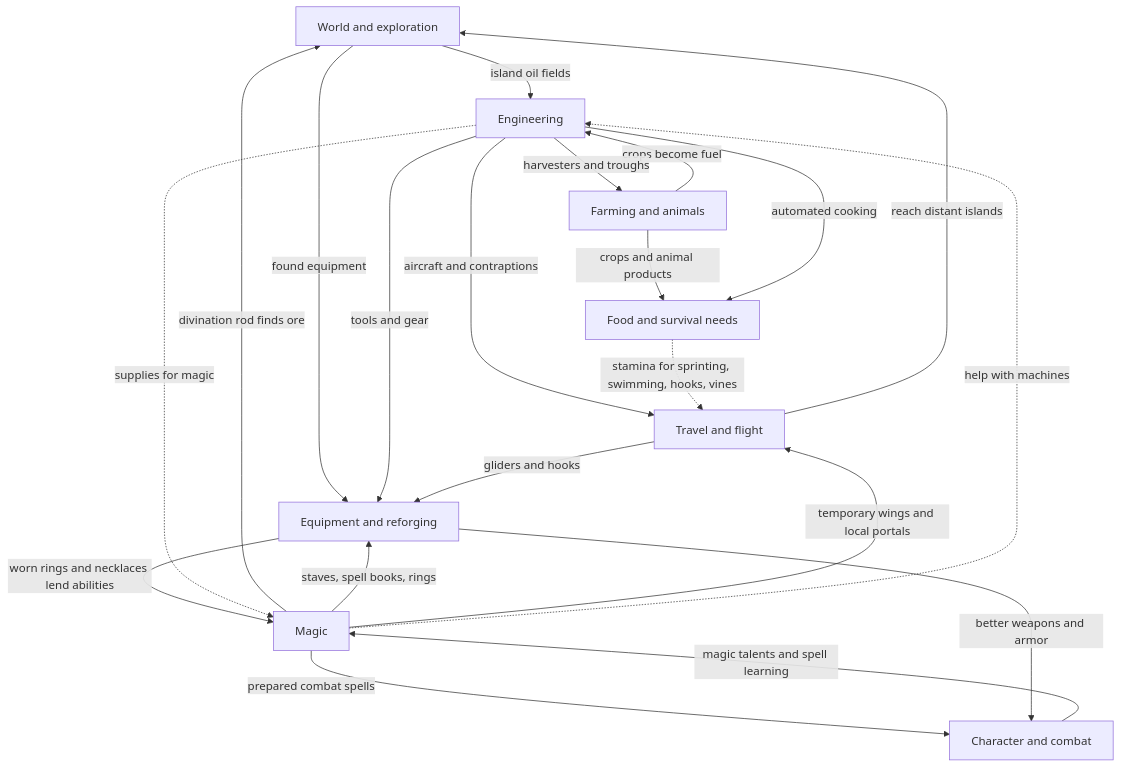
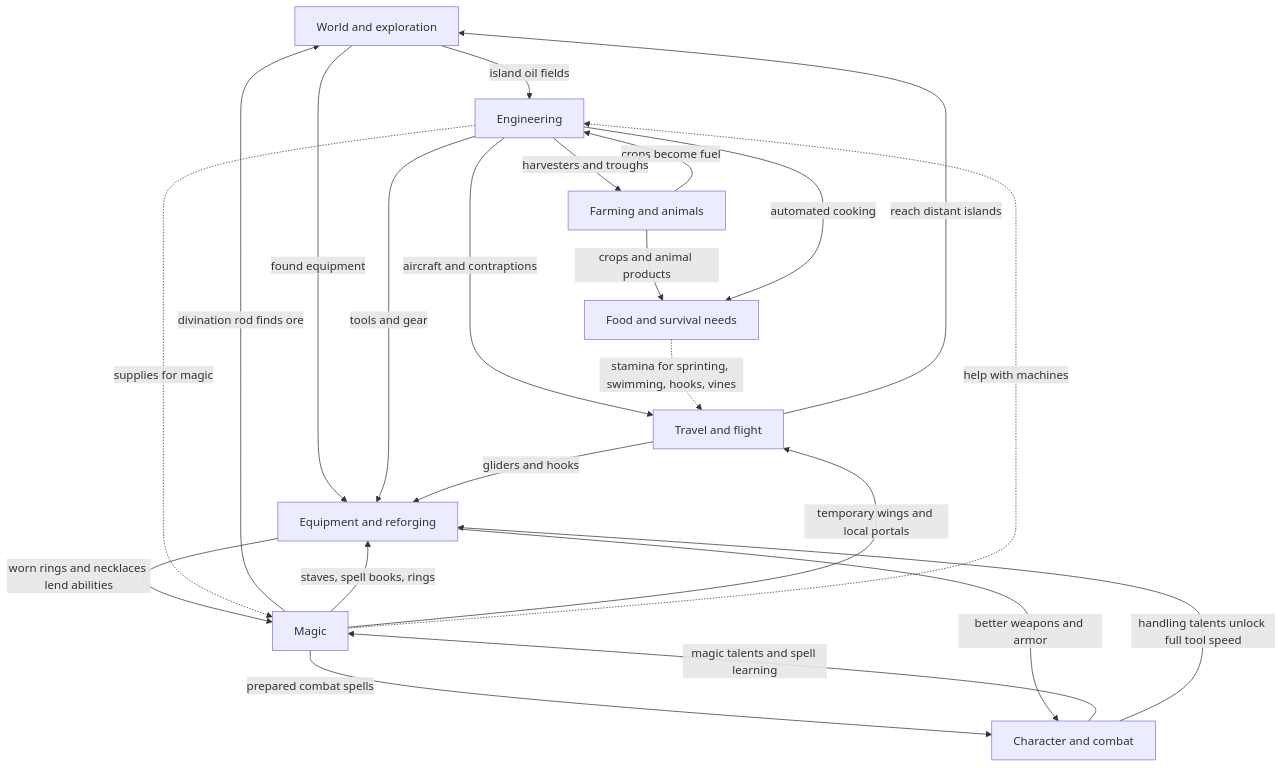
Before and after one commit to ALittleMoron/aeroscapes-reimagine: the first of 2 diagrams in docs/en/experience/systems.md, drawn with Mermaid. The commit also changed 77 other files, not shown here.

````diff
--- a/docs/en/experience/systems.md
+++ b/docs/en/experience/systems.md
@@ -11,33 +11,34 @@
 ```mermaid
 flowchart TB
   world["World and exploration"]
   travel["Travel and flight"]
   eng["Engineering"]
   farm["Farming and animals"]
   food["Food and survival needs"]
   magic["Magic"]
   equip["Equipment and reforging"]
   char["Character and combat"]
 
   farm -->|"crops become fuel"| eng
   world -->|"island oil fields"| eng
   eng -->|"aircraft and contraptions"| travel
   eng -->|"harvesters and troughs"| farm
   farm -->|"crops and animal products"| food
   eng -->|"automated cooking"| food
   magic -->|"divination rod finds ore"| world
   travel -->|"reach distant islands"| world
   world -->|"found equipment"| equip
   eng -->|"tools and gear"| equip
   magic -->|"staves, spell books, rings"| equip
   equip -->|"worn rings and necklaces lend abilities"| magic
   magic -->|"prepared combat spells"| char
   char -->|"magic talents and spell learning"| magic
   magic -->|"temporary wings and local portals"| travel
   travel -->|"gliders and hooks"| equip
   equip -->|"better weapons and armor"| char
+  char -->|"handling talents unlock full tool speed"| equip
 
   food -.->|"stamina for sprinting, swimming, hooks, vines"| travel
   magic -.->|"help with machines"| eng
   eng -.->|"supplies for magic"| magic
 ```
````
